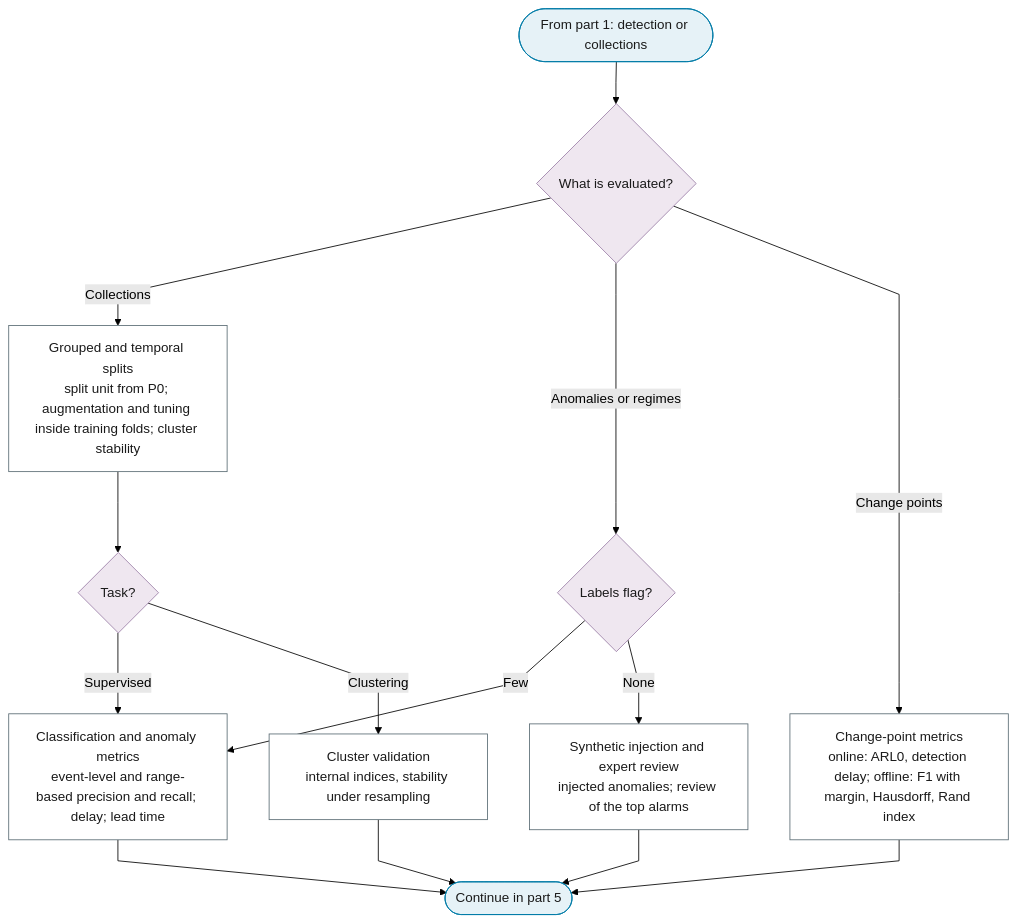
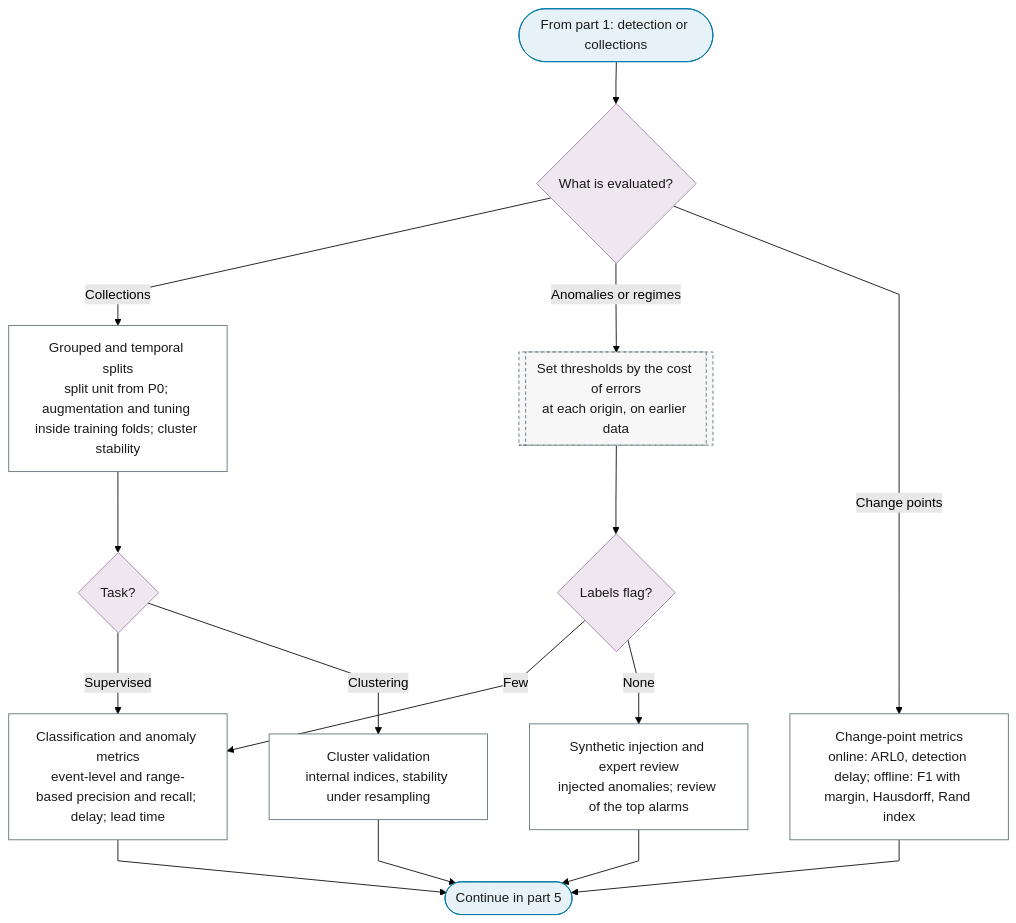
One commit to Shuxin-Y/time-series-analysis-manual changed the third of 5 diagrams in docs/01-workflow/p10-evaluation-selection.md. Above: the diagram before and after it, drawn with Mermaid (forest theme). The commit also changed other lines of this file and 17 other files, not shown here.

First line of the commit message:
fix(charts): round-3 review fixes to seasonality, thresholds and branch flags

````diff
--- a/docs/01-workflow/p10-evaluation-selection.md
+++ b/docs/01-workflow/p10-evaluation-selection.md
@@ -61,25 +61,27 @@
 ```mermaid
 %%{init: {"flowchart": {"curve": "linear"}}}%%
 graph TD
     P10_PART_3_IN(["From part 1: detection or collections"]) --> P10_EVENTS{"What is evaluated?"}
     P10_EVENTS -->|"Collections"| P10_GROUPED_SPLITS["Grouped and temporal splits<br/>split unit from P0; augmentation and tuning inside training folds; cluster stability"]
-    P10_EVENTS -->|"Anomalies or regimes"| P10_LABELS{"Labels flag?"}
+    P10_EVENTS -->|"Anomalies or regimes"| P0_AN_THRESHOLD[["Set thresholds by the cost of errors<br/>at each origin, on earlier data"]]
+    P0_AN_THRESHOLD --> P10_LABELS{"Labels flag?"}
     P10_EVENTS -->|"Change points"| P10_CHANGE_POINT_METRICS["Change-point metrics<br/>online: ARL0, detection delay; offline: F1 with margin, Hausdorff, Rand index"]
     P10_LABELS -->|"Few"| P10_CLASSIFICATION_METRICS["Classification and anomaly metrics<br/>event-level and range-based precision and recall; delay; lead time"]
     P10_LABELS -->|"None"| P10_UNLABELLED["Synthetic injection and expert review<br/>injected anomalies; review of the top alarms"]
     P10_GROUPED_SPLITS --> P10_COLLECTION_TASK{"Task?"}
     P10_COLLECTION_TASK -->|"Supervised"| P10_CLASSIFICATION_METRICS
     P10_COLLECTION_TASK -->|"Clustering"| P10_CLUSTER_VALIDATION["Cluster validation<br/>internal indices, stability under resampling"]
     P10_CLASSIFICATION_METRICS & P10_UNLABELLED & P10_CHANGE_POINT_METRICS & P10_CLUSTER_VALIDATION --> P10_PART_3_OUT(["Continue in part 5"])
     class P10_PART_3_IN,P10_PART_3_OUT terminator
     class P10_EVENTS,P10_LABELS,P10_COLLECTION_TASK decision
+    class P0_AN_THRESHOLD ref
     class P10_GROUPED_SPLITS,P10_CHANGE_POINT_METRICS,P10_CLASSIFICATION_METRICS,P10_UNLABELLED,P10_CLUSTER_VALIDATION process
     classDef terminator fill:#E6F2F7,stroke:#007BA7,color:#1A1A1A;
     classDef process fill:#FFFFFF,stroke:#5A6B73,color:#1A1A1A;
     classDef decision fill:#EFE7F0,stroke:#9B7FA7,color:#1A1A1A;
     classDef data fill:#FFF4E0,stroke:#C9A55E,color:#1A1A1A;
     classDef good fill:#DCEFD8,stroke:#4A7A3F,color:#1A1A1A;
     classDef escalate fill:#FFE9C2,stroke:#C9A55E,color:#1A1A1A;
     classDef problem fill:#F2D9DE,stroke:#800020,color:#1A1A1A;
     classDef ref fill:#F7F7F7,stroke:#5A6B73,color:#1A1A1A,stroke-dasharray:4 3;
 ```
````
